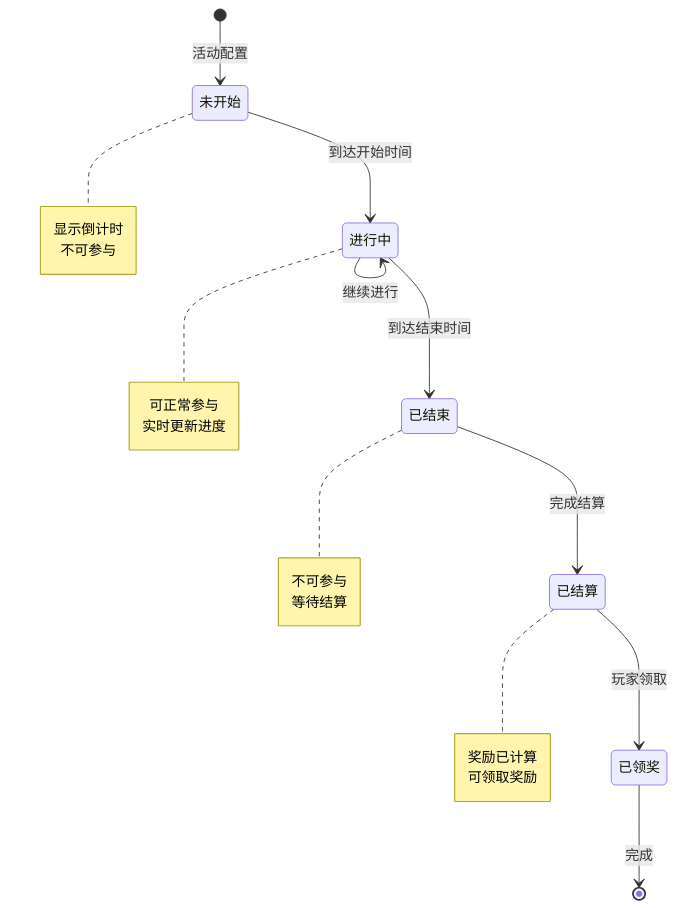
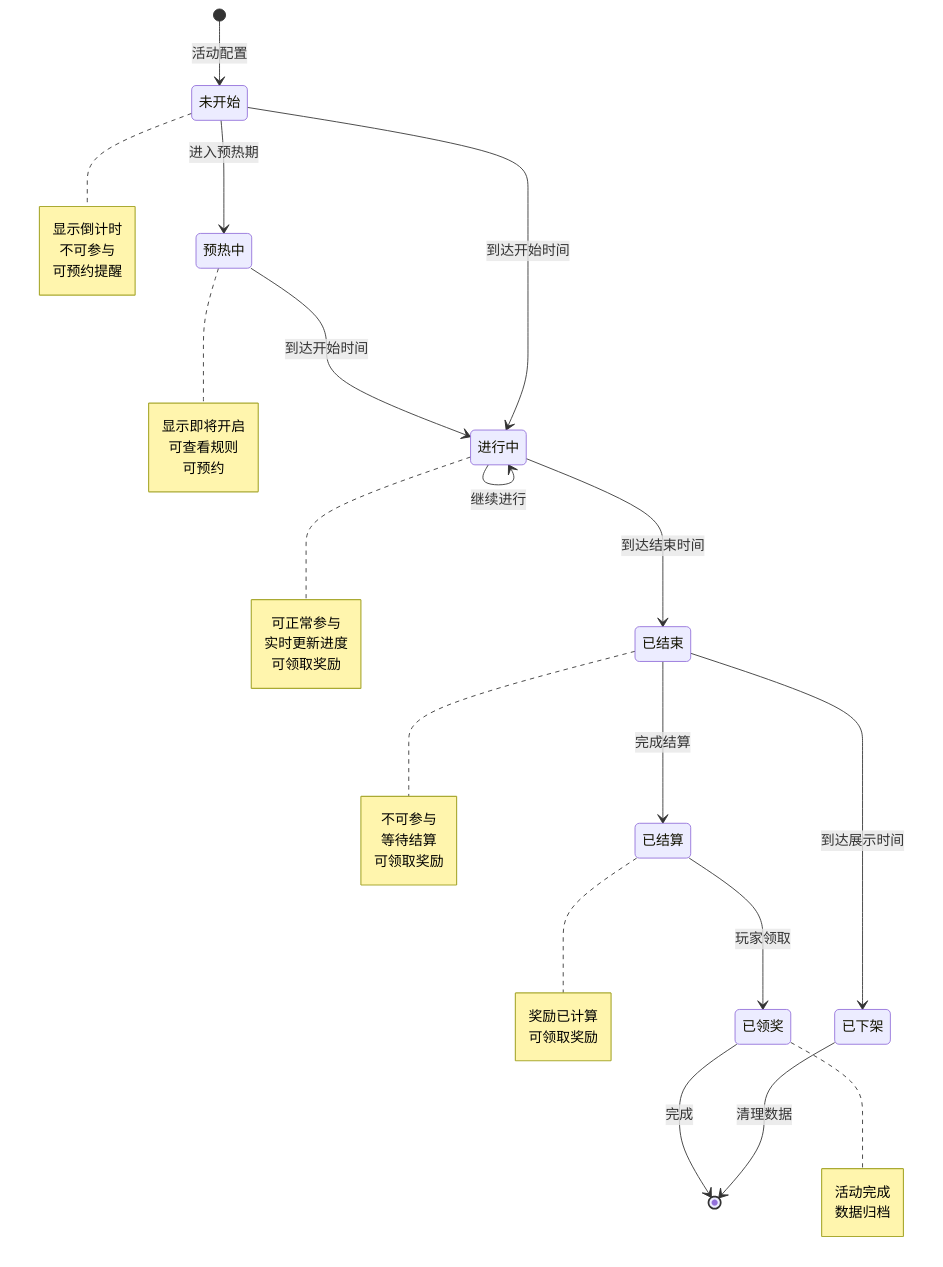
The fifth of 12 diagrams in docs/Module_Activity/06_实现细节.md (Alan-Ben/k2c_game_framework), drawn with Mermaid before and after one commit. The commit also changed other lines of this file and 75 other files, not shown here.

````diff
--- a/docs/Module_Activity/06_实现细节.md
+++ b/docs/Module_Activity/06_实现细节.md
@@ -76,30 +423,52 @@
 ```mermaid
 stateDiagram-v2
     [*] --> 未开始: 活动配置
+    
+    未开始 --> 预热中: 进入预热期
+    预热中 --> 进行中: 到达开始时间
+    
     未开始 --> 进行中: 到达开始时间
     进行中 --> 进行中: 继续进行
+    
     进行中 --> 已结束: 到达结束时间
     已结束 --> 已结算: 完成结算
     已结算 --> 已领奖: 玩家领取
     已领奖 --> [*]: 完成
-
+    
+    已结束 --> 已下架: 到达展示时间
+    已下架 --> [*]: 清理数据
+    
     note right of 未开始
         显示倒计时
         不可参与
+        可预约提醒
     end note
-
+    
+    note right of 预热中
+        显示即将开启
+        可查看规则
+        可预约
+    end note
+    
     note right of 进行中
         可正常参与
         实时更新进度
+        可领取奖励
     end note
-
+    
     note right of 已结束
         不可参与
         等待结算
+        可领取奖励
     end note
-
+    
     note right of 已结算
         奖励已计算
         可领取奖励
     end note
+    
+    note right of 已领奖
+        活动完成
+        数据归档
+    end note
 ```
````
